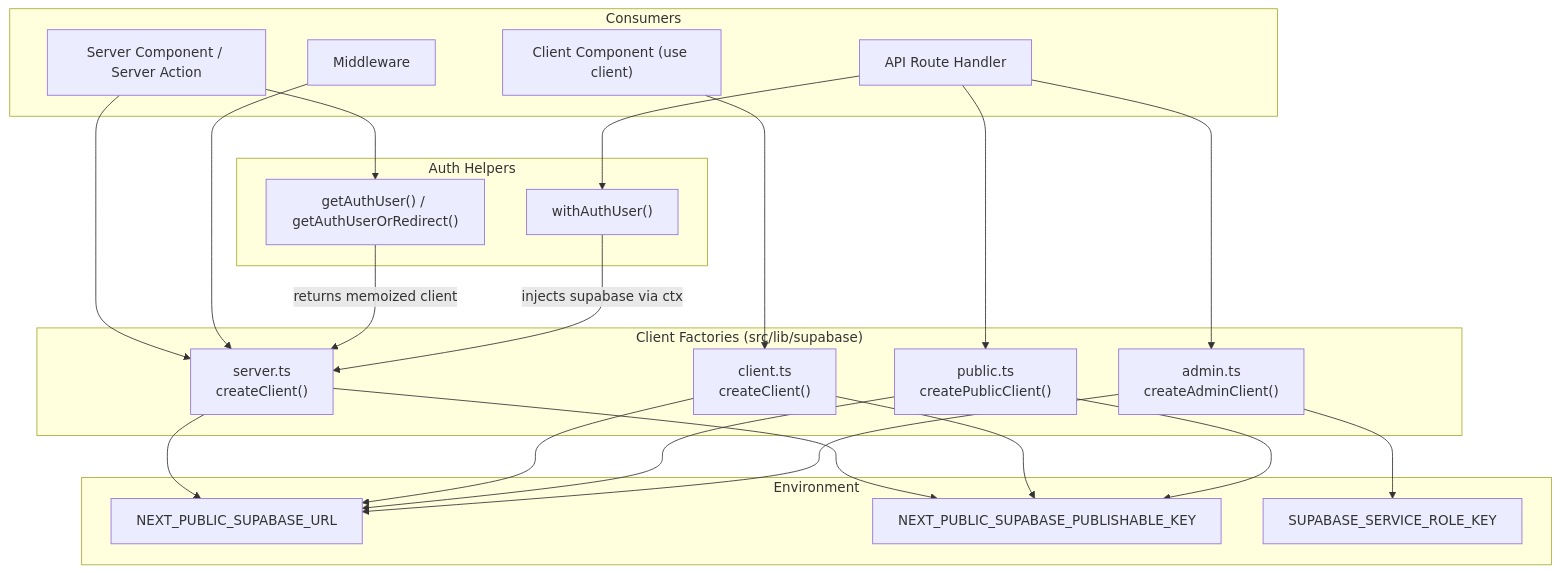
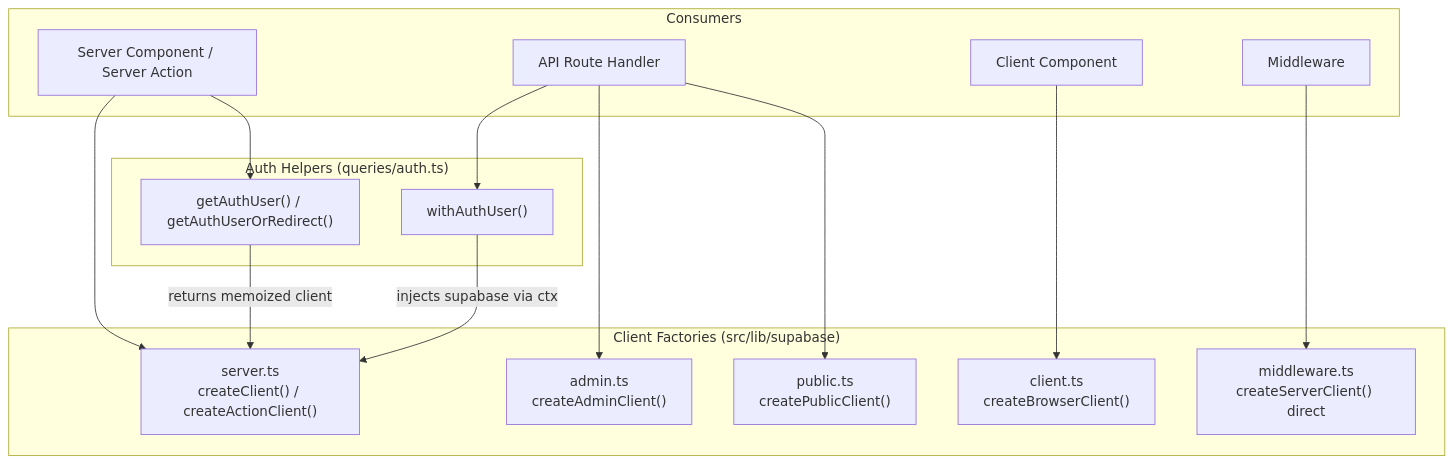
The first of 2 diagrams in src/content/docs/architecture/supabase-client-patterns.md (jackcasstlesjones/ozeaon-wiki), drawn with Mermaid before and after one commit. The commit also changed other lines of this file and 4 other files, not shown here.

````diff
--- a/src/content/docs/architecture/supabase-client-patterns.md
+++ b/src/content/docs/architecture/supabase-client-patterns.md
@@ -51,47 +29,33 @@
 ```mermaid
 flowchart TD
     subgraph sg_Consumers["Consumers"]
         RSC["Server Component / Server Action"]
         Route["API Route Handler"]
-        ClientComp["Client Component (use client)"]
+        ClientComp["Client Component"]
         MW["Middleware"]
     end
 
     subgraph sg_Factories["Client Factories (src/lib/supabase)"]
-        ServerClient["server.ts<br/>createClient()"]
-        BrowserClient["client.ts<br/>createClient()"]
+        ServerClient["server.ts<br/>createClient() / createActionClient()"]
+        BrowserClient["client.ts<br/>createBrowserClient()"]
         AdminClient["admin.ts<br/>createAdminClient()"]
         PublicClient["public.ts<br/>createPublicClient()"]
+        MWClient["middleware.ts<br/>createServerClient() direct"]
     end
 
-    subgraph sg_Auth["Auth Helpers"]
+    subgraph sg_Auth["Auth Helpers (queries/auth.ts)"]
         GetAuthUser["getAuthUser() / getAuthUserOrRedirect()"]
         WithAuthUser["withAuthUser()"]
-    end
-
-    subgraph sg_Env["Environment"]
-        UrlEnv["NEXT_PUBLIC_SUPABASE_URL"]
-        PublishableKey["NEXT_PUBLIC_SUPABASE_PUBLISHABLE_KEY"]
-        ServiceKey["SUPABASE_SERVICE_ROLE_KEY"]
     end
 
     RSC --> ServerClient
     RSC --> GetAuthUser
     Route --> WithAuthUser
     Route --> AdminClient
     Route --> PublicClient
     ClientComp --> BrowserClient
-    MW --> ServerClient
+    MW --> MWClient
 
     GetAuthUser -->|"returns memoized client"| ServerClient
     WithAuthUser -->|"injects supabase via ctx"| ServerClient
-
-    ServerClient --> UrlEnv
-    ServerClient --> PublishableKey
-    BrowserClient --> UrlEnv
-    BrowserClient --> PublishableKey
-    PublicClient --> UrlEnv
-    PublicClient --> PublishableKey
-    AdminClient --> UrlEnv
-    AdminClient --> ServiceKey
 ```
````
